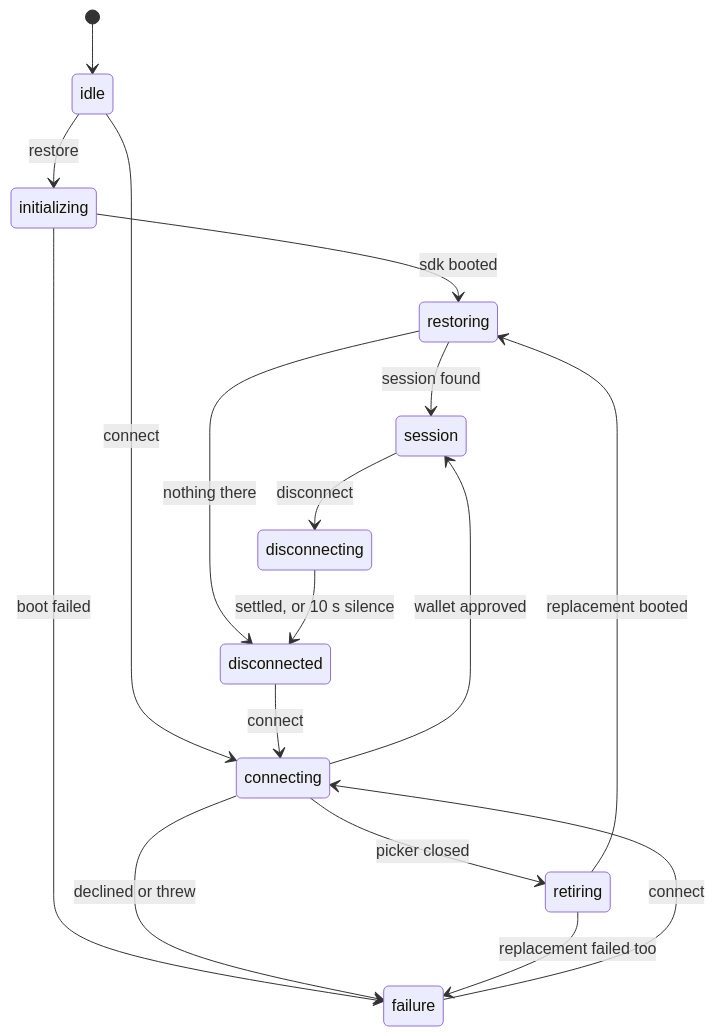
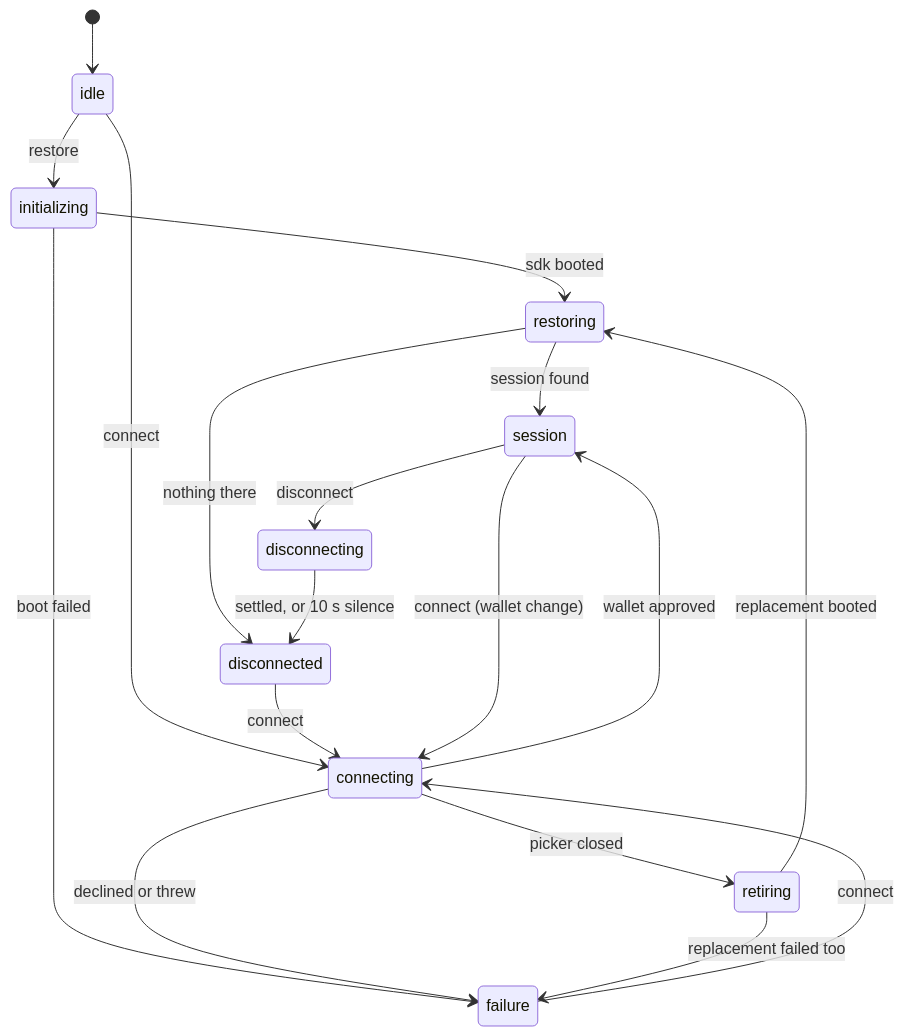
Before and after one commit to BootNodeDev/canton-dappbooster: the first of 2 diagrams in canton-connect/architecture/connection-machine.md, drawn with Mermaid. The commit also changed other lines of this file and 3 other files, not shown here.

First line of the commit message:
fix(connect): a connect over a standing session runs as a wallet change

````diff
--- a/canton-connect/architecture/connection-machine.md
+++ b/canton-connect/architecture/connection-machine.md
@@ -10,19 +10,20 @@
 ```mermaid
 stateDiagram-v2
     [*] --> idle
     idle --> initializing: restore
     initializing --> restoring: sdk booted
     initializing --> failure: boot failed
     restoring --> session: session found
     restoring --> disconnected: nothing there
     idle --> connecting: connect
     disconnected --> connecting: connect
     failure --> connecting: connect
+    session --> connecting: connect (wallet change)
     connecting --> session: wallet approved
     connecting --> failure: declined or threw
     connecting --> retiring: picker closed
     retiring --> restoring: replacement booted
     retiring --> failure: replacement failed too
     session --> disconnecting: disconnect
     disconnecting --> disconnected: settled, or 10 s silence
 ```
````
